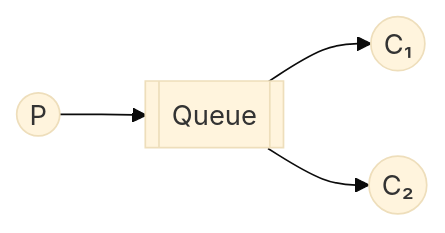
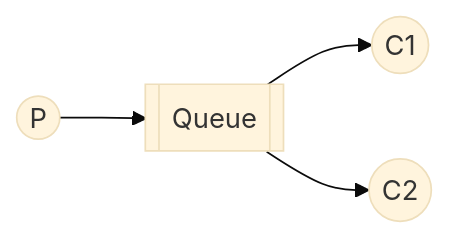
One commit to forwardNow/blog changed the second of 5 diagrams in docs/back-end/java/spring/springcloud/01.SpringCloud-黑马-教程.md. Above: the diagram before and after it, drawn with Mermaid (base theme). The commit also changed other lines of this file, not shown here.

````diff
--- a/docs/back-end/java/spring/springcloud/01.SpringCloud-黑马-教程.md
+++ b/docs/back-end/java/spring/springcloud/01.SpringCloud-黑马-教程.md
@@ -3155,14 +3155,14 @@
 ```mermaid
 flowchart LR
     P((P))
     Q[[Queue]]
-    C1((C₁))
-    C2((C₂))
+    C1((C1))
+    C2((C2))
 
     P --> Q --> C1 & C2
 
     class P mermaid-producer
     class Q mermaid-queue
     class C1 mermaid-consumer
     class C2 mermaid-consumer
 ```
````
